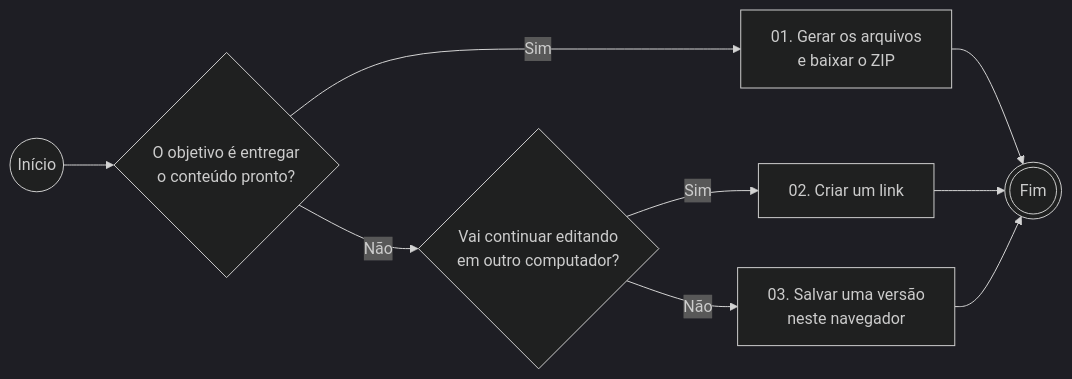
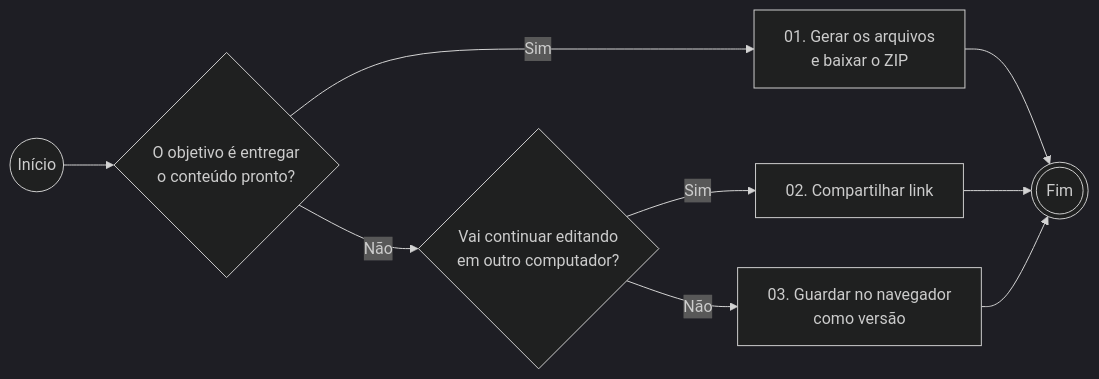
The fourth of 5 diagrams in web/exemplo/apresentacao.md (anacgovbr/conteudista), drawn with Mermaid (dark theme) before and after one commit. The commit also changed other lines of this file and 8 other files, not shown here.

````diff
--- a/web/exemplo/apresentacao.md
+++ b/web/exemplo/apresentacao.md
@@ -264,11 +264,11 @@
 ```mermaid
 flowchart LR
     T00((Início)) --> D01{O objetivo é entregar<br/>o conteúdo pronto?}
     D01 -->|Sim| T01[01. Gerar os arquivos<br/>e baixar o ZIP]
     D01 -->|Não| D02{Vai continuar editando<br/>em outro computador?}
-    D02 -->|Sim| T02[02. Criar um link]
-    D02 -->|Não| T03[03. Salvar uma versão<br/>neste navegador]
+    D02 -->|Sim| T02[02. Compartilhar link]
+    D02 -->|Não| T03[03. Guardar no navegador<br/>como versão]
     T01 --> T99(((Fim)))
     T02 --> T99
     T03 --> T99
 ```
````
